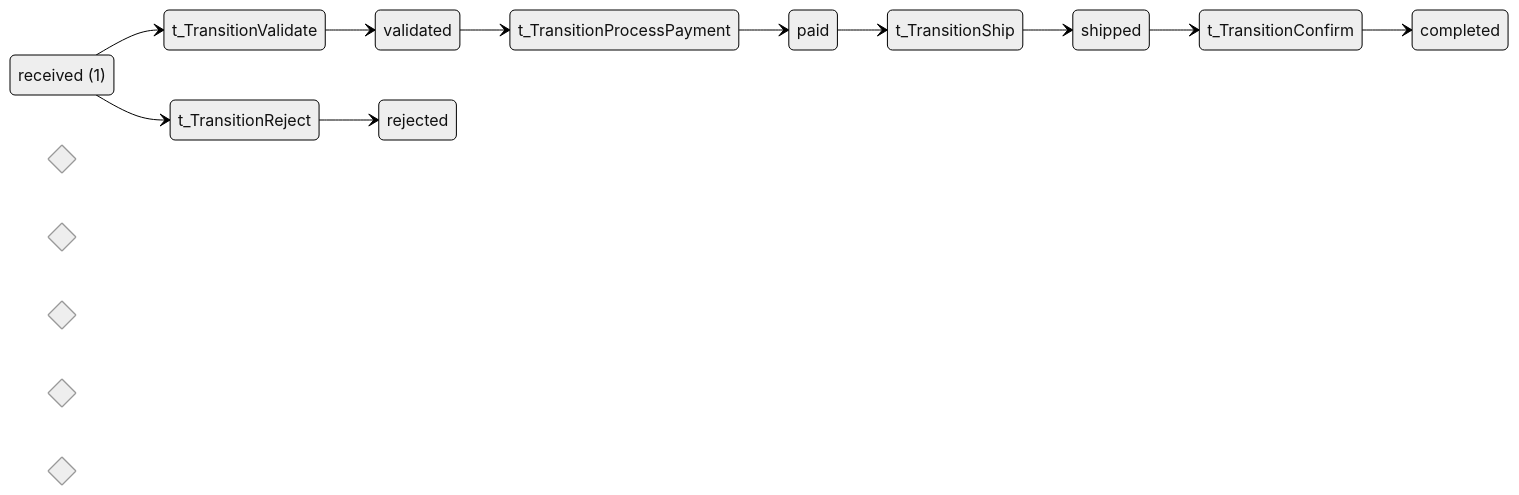
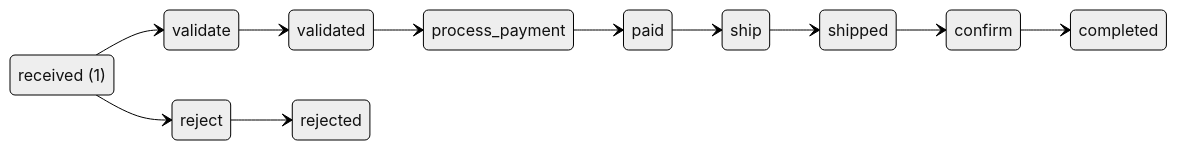
Before and after one commit to pflow-xyz/petri-pilot: the first of 4 diagrams in generated/order-processing/README.md, drawn with Mermaid (neutral theme). The commit also changed other lines of this file and 10 other files, not shown here.

First line of the commit message:
Fix Mermaid diagram syntax in README template

````diff
--- a/generated/order-processing/README.md
+++ b/generated/order-processing/README.md
@@ -52,35 +52,35 @@
 ```mermaid
 stateDiagram-v2
     direction LR
 
     state "received (1)" as PlaceReceived
     state "validated" as PlaceValidated
     state "rejected" as PlaceRejected
     state "paid" as PlacePaid
     state "shipped" as PlaceShipped
     state "completed" as PlaceCompleted
 
 
-    state "validate" as t_TransitionValidate <<choice>>
-    state "reject" as t_TransitionReject <<choice>>
-    state "process_payment" as t_TransitionProcessPayment <<choice>>
-    state "ship" as t_TransitionShip <<choice>>
-    state "confirm" as t_TransitionConfirm <<choice>>
+    state "validate" as t_TransitionValidate
+    state "reject" as t_TransitionReject
+    state "process_payment" as t_TransitionProcessPayment
+    state "ship" as t_TransitionShip
+    state "confirm" as t_TransitionConfirm
 
 
-    PlaceReceived --> t_TransitionValidate: 
-    t_TransitionValidate --> PlaceValidated: 
+    PlaceReceived --> t_TransitionValidate
+    t_TransitionValidate --> PlaceValidated
 
-    PlaceReceived --> t_TransitionReject: 
-    t_TransitionReject --> PlaceRejected: 
+    PlaceReceived --> t_TransitionReject
+    t_TransitionReject --> PlaceRejected
 
-    PlaceValidated --> t_TransitionProcessPayment: 
-    t_TransitionProcessPayment --> PlacePaid: 
+    PlaceValidated --> t_TransitionProcessPayment
+    t_TransitionProcessPayment --> PlacePaid
 
-    PlacePaid --> t_TransitionShip: 
-    t_TransitionShip --> PlaceShipped: 
+    PlacePaid --> t_TransitionShip
+    t_TransitionShip --> PlaceShipped
 
-    PlaceShipped --> t_TransitionConfirm: 
-    t_TransitionConfirm --> PlaceCompleted: 
+    PlaceShipped --> t_TransitionConfirm
+    t_TransitionConfirm --> PlaceCompleted
 
 ```
````
